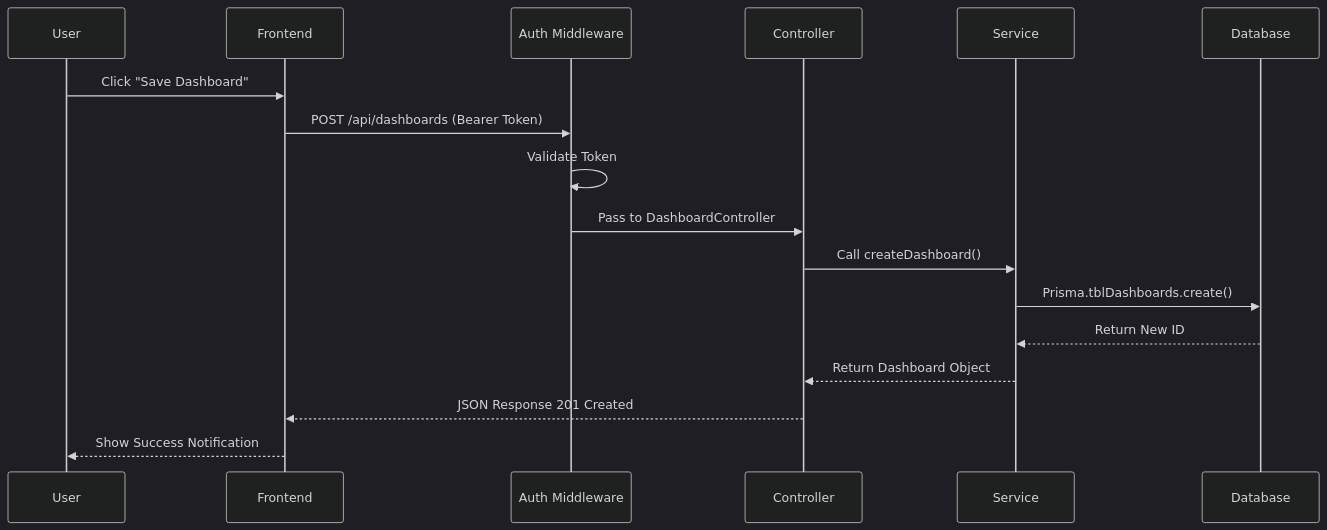
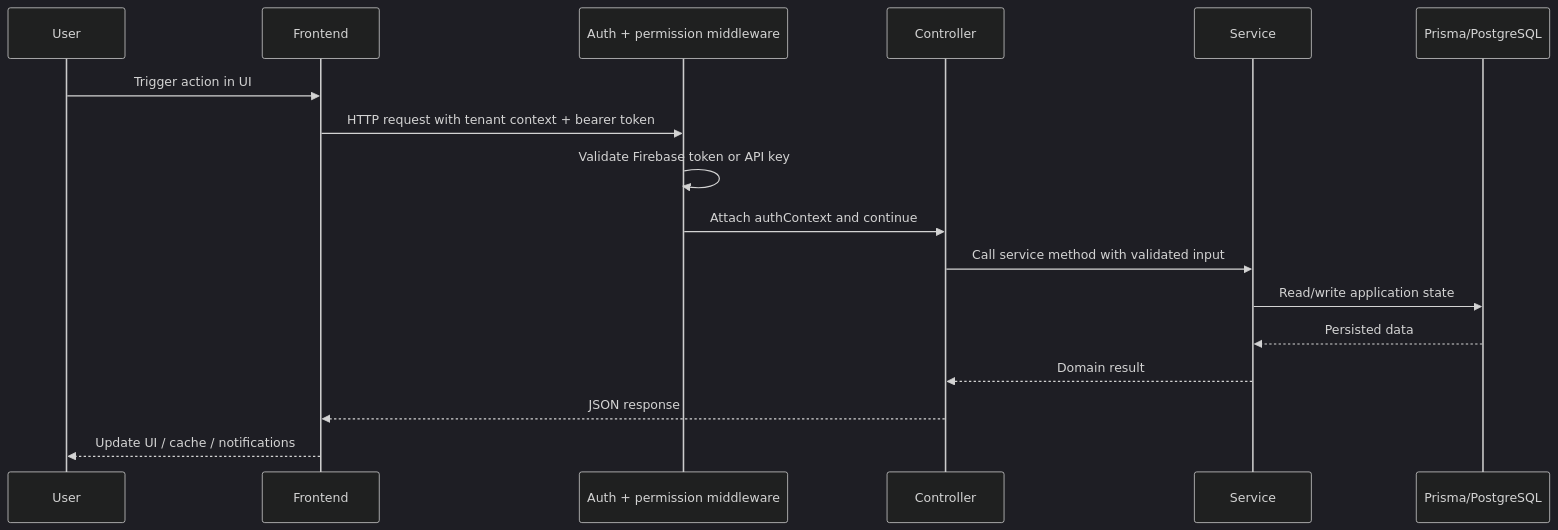
The first of 4 diagrams in docs/docs/concepts/data-flow.md (Jet-labs/jet-admin), drawn with Mermaid (dark theme) before and after one commit. The commit also changed other lines of this file and 84 other files, not shown here.

````diff
--- a/docs/docs/concepts/data-flow.md
+++ b/docs/docs/concepts/data-flow.md
@@ -34,20 +32,20 @@
 ```mermaid
 sequenceDiagram
     participant U as User
     participant F as Frontend
-    participant A as Auth Middleware
+    participant A as Auth + permission middleware
     participant C as Controller
     participant S as Service
-    participant D as Database
+    participant P as Prisma/PostgreSQL
 
-    U->>F: Click "Save Dashboard"
-    F->>A: POST /api/dashboards (Bearer Token)
-    A->>A: Validate Token
-    A->>C: Pass to DashboardController
-    C->>S: Call createDashboard()
-    S->>D: Prisma.tblDashboards.create()
-    D-->>S: Return New ID
-    S-->>C: Return Dashboard Object
-    C-->>F: JSON Response 201 Created
-    F-->>U: Show Success Notification
+    U->>F: Trigger action in UI
+    F->>A: HTTP request with tenant context + bearer token
+    A->>A: Validate Firebase token or API key
+    A->>C: Attach authContext and continue
+    C->>S: Call service method with validated input
+    S->>P: Read/write application state
+    P-->>S: Persisted data
+    S-->>C: Domain result
+    C-->>F: JSON response
+    F-->>U: Update UI / cache / notifications
 ```
````
